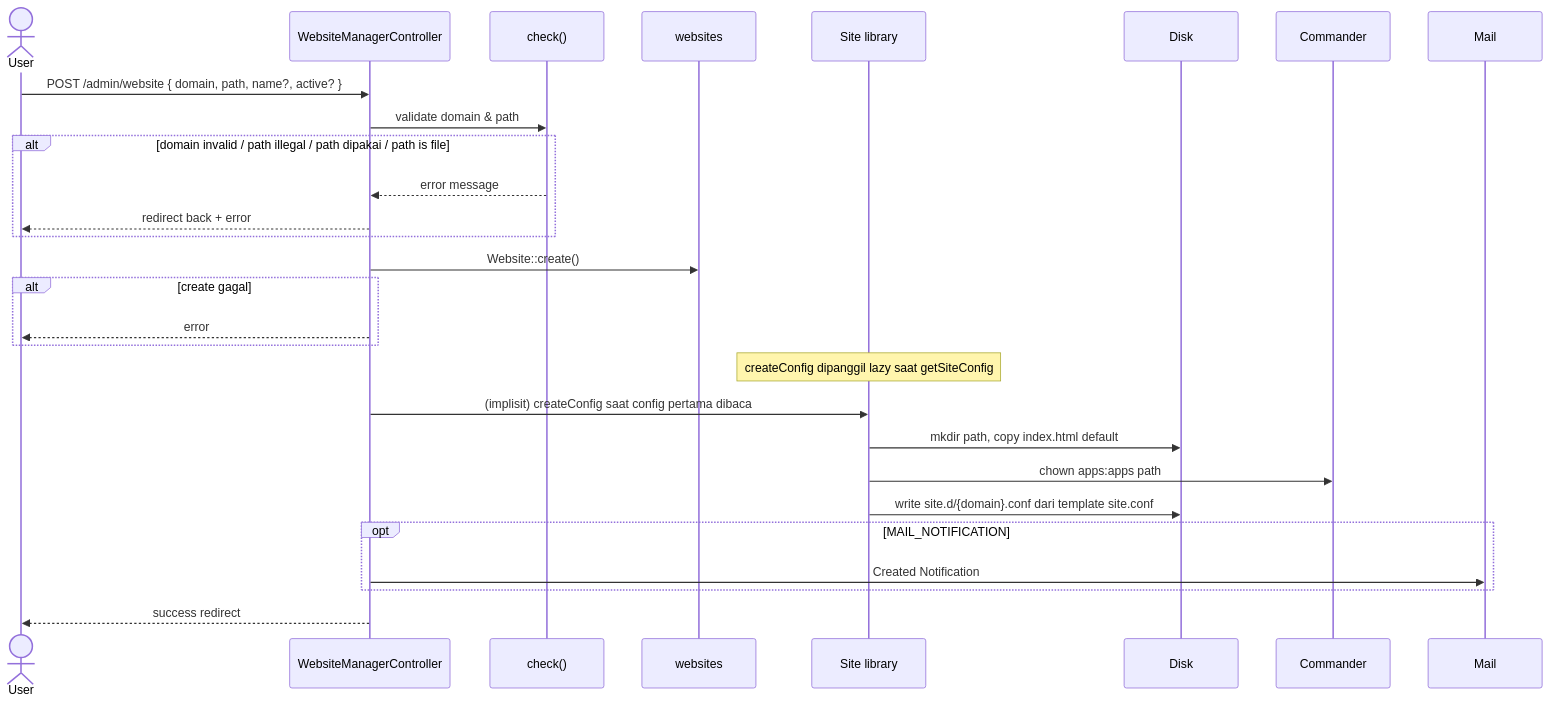
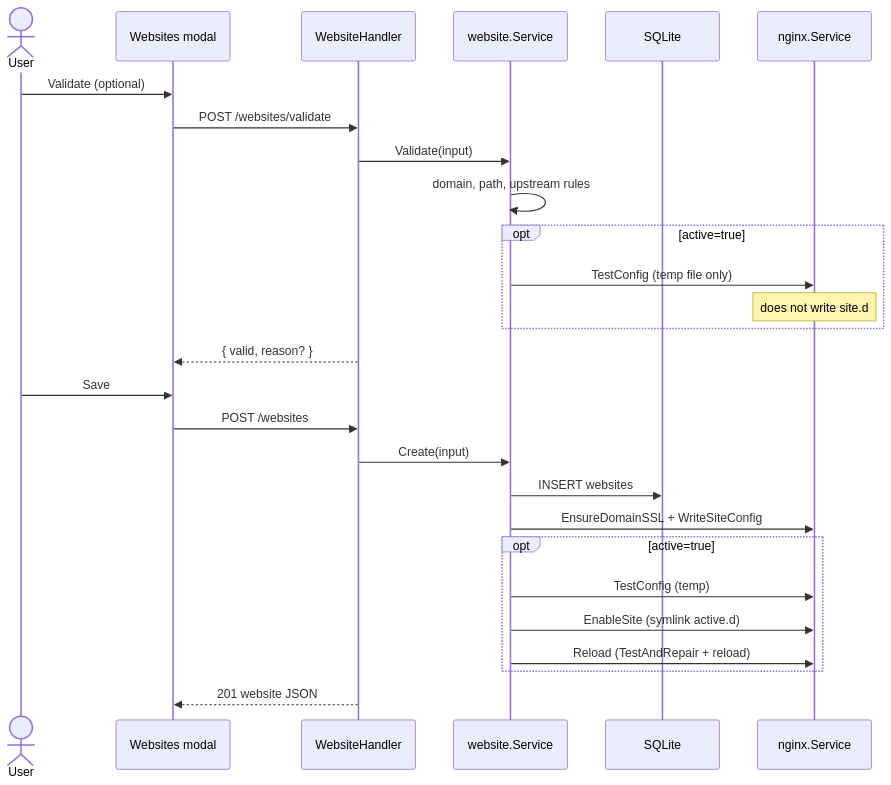
The diagram in docs/sequences/05-website-create.md (jahrulnr/GoSite), drawn with Mermaid before and after one commit. The commit also changed other lines of this file and 107 other files, not shown here.

````diff
--- a/docs/sequences/05-website-create.md
+++ b/docs/sequences/05-website-create.md
@@ -7,31 +10,31 @@
 ```mermaid
 sequenceDiagram
     actor User
-    participant WM as WebsiteManagerController
-    participant Val as check()
-    participant DB as websites
-    participant Site as Site library
-    participant Disk
-    participant Cmd as Commander
-    participant Mail
+    participant UI as Websites modal
+    participant API as WebsiteHandler
+    participant Svc as website.Service
+    participant DB as SQLite
+    participant NGX as nginx.Service
 
-    User->>WM: POST /admin/website { domain, path, name?, active? }
-    WM->>Val: validate domain & path
-    alt domain invalid / path illegal / path dipakai / path is file
-        Val-->>WM: error message
-        WM-->>User: redirect back + error
+    User->>UI: Validate (optional)
+    UI->>API: POST /websites/validate
+    API->>Svc: Validate(input)
+    Svc->>Svc: domain, path, upstream rules
+    opt active=true
+        Svc->>NGX: TestConfig (temp file only)
+        Note over NGX: does not write site.d
     end
-    WM->>DB: Website::create()
-    alt create gagal
-        WM-->>User: error
+    API-->>UI: { valid, reason? }
+
+    User->>UI: Save
+    UI->>API: POST /websites
+    API->>Svc: Create(input)
+    Svc->>DB: INSERT websites
+    Svc->>NGX: EnsureDomainSSL + WriteSiteConfig
+    opt active=true
+        Svc->>NGX: TestConfig (temp)
+        Svc->>NGX: EnableSite (symlink active.d)
+        Svc->>NGX: Reload (TestAndRepair + reload)
     end
-    Note over Site: createConfig dipanggil lazy saat getSiteConfig
-    WM->>Site: (implisit) createConfig saat config pertama dibaca
-    Site->>Disk: mkdir path, copy index.html default
-    Site->>Cmd: chown apps:apps path
-    Site->>Disk: write site.d/{domain}.conf dari template site.conf
-    opt MAIL_NOTIFICATION
-        WM->>Mail: Created Notification
-    end
-    WM-->>User: success redirect
+    API-->>UI: 201 website JSON
 ```
````
